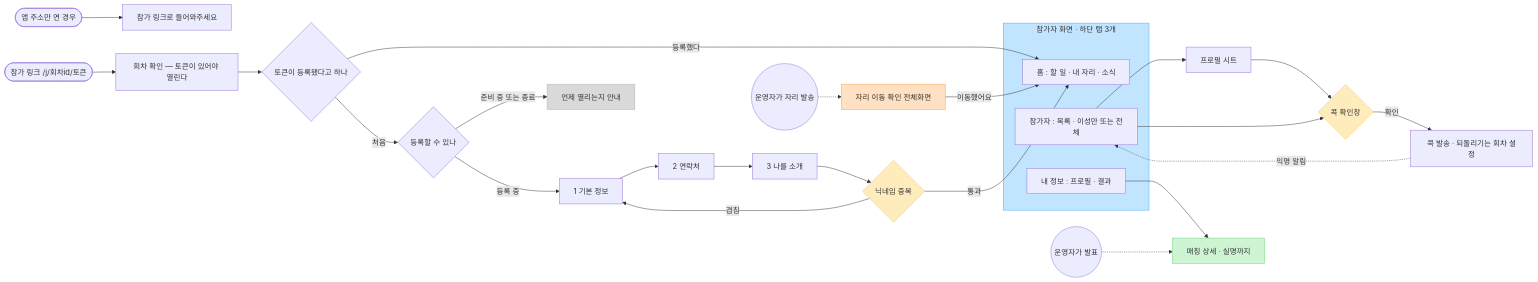
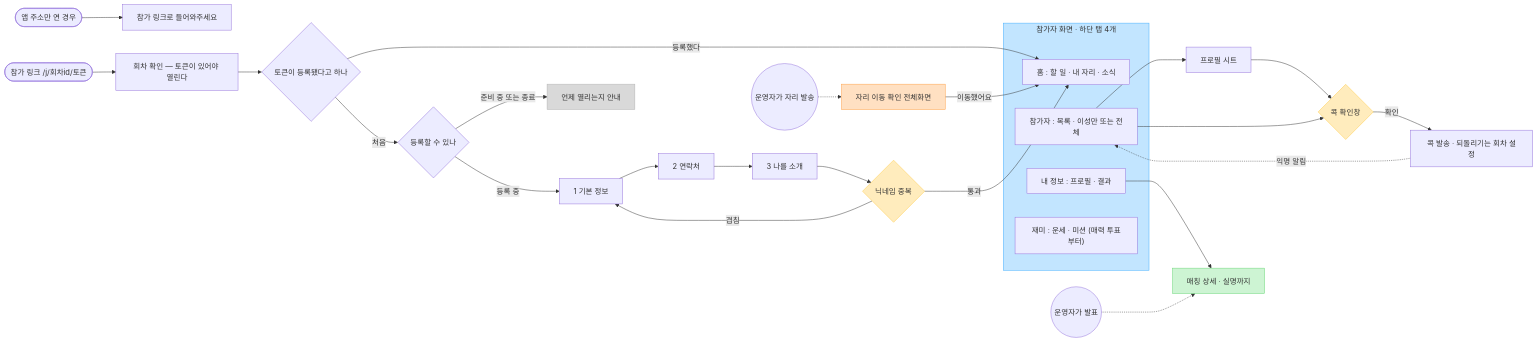
The first of 6 diagrams in docs/USER-FLOWS.md (xcellentbird/tone-pick), drawn with Mermaid before and after one commit. The commit also changed other lines of this file and 34 other files, not shown here.

````diff
--- a/docs/USER-FLOWS.md
+++ b/docs/USER-FLOWS.md
@@ -19,58 +19,59 @@
 ```mermaid
 flowchart LR
     link(["참가 링크 /j/회차id/토큰"])
     app(["앱 주소만 연 경우"])
     linkOnly["참가 링크로 들어와주세요"]
     joinInfo["회차 확인 — 토큰이 있어야 열린다"]
     joinCheck{"토큰이 등록됐다고 하나"}
     canReg{"등록할 수 있나"}
     closed["언제 열리는지 안내"]
 
     reg1["1 기본 정보"]
     reg2["2 연락처"]
     reg3["3 나를 소개"]
     nickTaken{"닉네임 중복"}
 
-    subgraph tabs ["참가자 화면 · 하단 탭 3개"]
+    subgraph tabs ["참가자 화면 · 하단 탭 4개"]
         home["홈 : 할 일 · 내 자리 · 소식"]
         people["참가자 : 목록 · 이성만 또는 전체"]
         me["내 정보 : 프로필 · 결과"]
+        fun["재미 : 운세 · 미션 (매력 투표부터)"]
     end
 
     profile["프로필 시트"]
     pokeConfirm{"콕 확인창"}
     poked["콕 발송 · 되돌리기는 회차 설정"]
     seatAck["자리 이동 확인 전체화면"]
     result["매칭 상세 · 실명까지"]
 
     hostSeat(("운영자가 자리 발송"))
     hostReveal(("운영자가 발표"))
 
     app --> linkOnly
     link --> joinInfo --> joinCheck
     joinCheck -->|"등록했다"| home
     joinCheck -->|"처음"| canReg
     canReg -->|"준비 중 또는 종료"| closed
     canReg -->|"등록 중"| reg1
     reg1 --> reg2 --> reg3 --> nickTaken
     nickTaken -->|"겹침"| reg1
     nickTaken -->|"통과"| home
 
     people --> profile
     people --> pokeConfirm
     profile --> pokeConfirm
     pokeConfirm -->|"확인"| poked
     poked -.->|"익명 알림"| people
 
     hostSeat -.-> seatAck
     seatAck -->|"이동했어요"| home
     hostReveal -.-> result
     me --> result
 
     style tabs fill:#C2E5FF,stroke:#3DADFF
     style closed fill:#D9D9D9,stroke:#B3B3B3
     style pokeConfirm fill:#FFECBD,stroke:#FFC943
     style nickTaken fill:#FFECBD,stroke:#FFC943
     style seatAck fill:#FFE0C2,stroke:#FF9E42
     style result fill:#CDF4D3,stroke:#66D575
 ```
````
